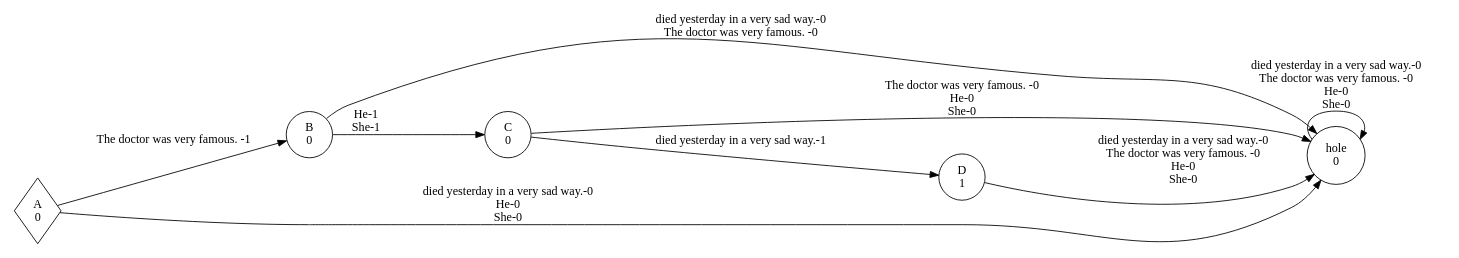
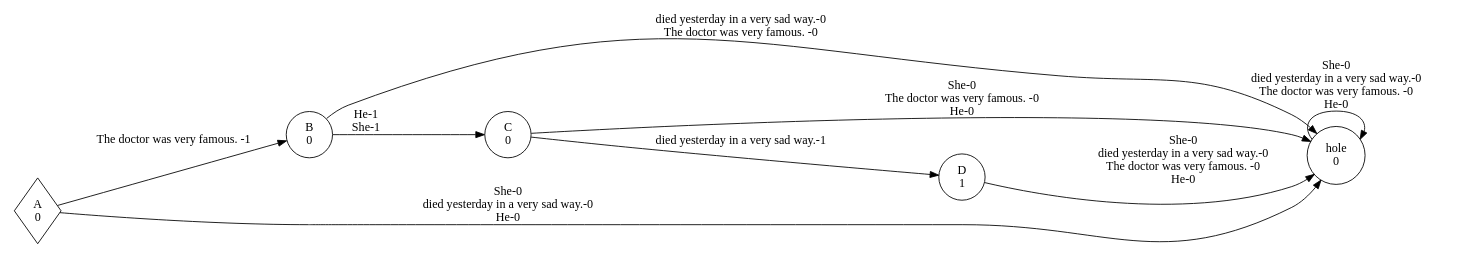
One commit to kidnixt/pdfa_extraction changed the diagram in EXPERIMENT_doctor_post_branching/DOCTOR_WFA_7.dot. Above: the diagram before and after it, drawn with Graphviz. The commit also changed 31 other files, not shown here.

```diff
--- a/EXPERIMENT_doctor_post_branching/DOCTOR_WFA_7.dot
+++ b/EXPERIMENT_doctor_post_branching/DOCTOR_WFA_7.dot
@@ -1,34 +1,34 @@
 digraph weighted_automaton {
 	margin=0 rankdir=LR size=15
 	node [shape=circle]
 	A [label="A
 0" shape=diamond]
 	A -> B [label="The doctor was very famous. -1"]
-	A -> hole [label="died yesterday in a very sad way.-0
-He-0
-She-0"]
+	A -> hole [label="She-0
+died yesterday in a very sad way.-0
+He-0"]
 	B [label="B
 0"]
 	B -> C [label="He-1
 She-1"]
 	B -> hole [label="died yesterday in a very sad way.-0
 The doctor was very famous. -0"]
 	C [label="C
 0"]
 	C -> D [label="died yesterday in a very sad way.-1"]
-	C -> hole [label="The doctor was very famous. -0
-He-0
-She-0"]
+	C -> hole [label="She-0
+The doctor was very famous. -0
+He-0"]
 	D [label="D
 1"]
-	D -> hole [label="died yesterday in a very sad way.-0
+	D -> hole [label="She-0
+died yesterday in a very sad way.-0
 The doctor was very famous. -0
-He-0
-She-0"]
+He-0"]
 	hole [label="hole
 0"]
-	hole -> hole [label="died yesterday in a very sad way.-0
+	hole -> hole [label="She-0
+died yesterday in a very sad way.-0
 The doctor was very famous. -0
-He-0
-She-0"]
+He-0"]
 }
```
